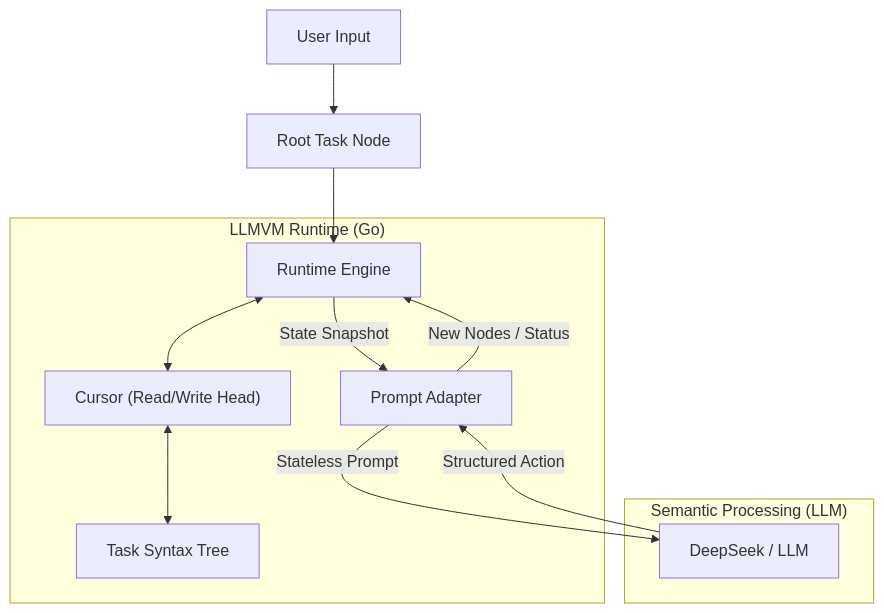
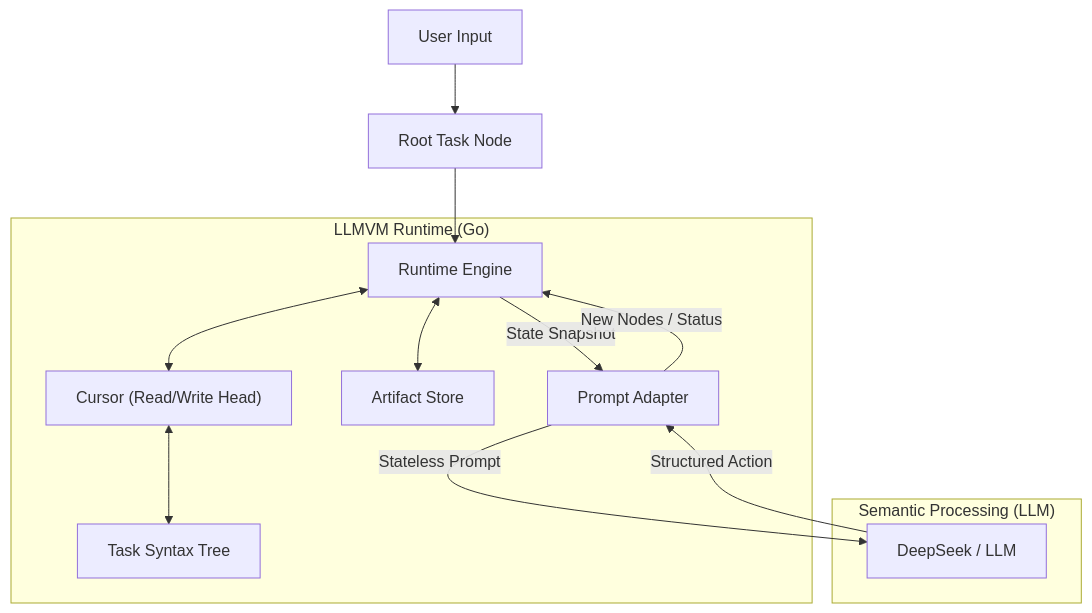
The diagram in README.md (Steve65535/llmvm), drawn with Mermaid before and after one commit. The commit also changed other lines of this file and 10 other files, not shown here.

Commit message:
feat: add artifact-based memory runtime

````diff
--- a/README.md
+++ b/README.md
@@ -45,18 +64,19 @@
 ```mermaid
 graph TD
     User["User Input"] --> Root["Root Task Node"]
     Root --> Runtime["Runtime Engine"]
-    
+
     subgraph "LLMVM Runtime (Go)"
         Runtime <--> Cursor["Cursor (Read/Write Head)"]
         Cursor <--> TaskTree["Task Syntax Tree"]
+        Runtime <--> ArtStore["Artifact Store"]
         Runtime -- State Snapshot --> Adapter["Prompt Adapter"]
     end
-    
+
     subgraph "Semantic Processing (LLM)"
         Adapter -- Stateless Prompt --> LLM["DeepSeek / LLM"]
         LLM -- Structured Action --> Adapter
     end
-    
+
     Adapter -- "New Nodes / Status" --> Runtime
 ```
````
